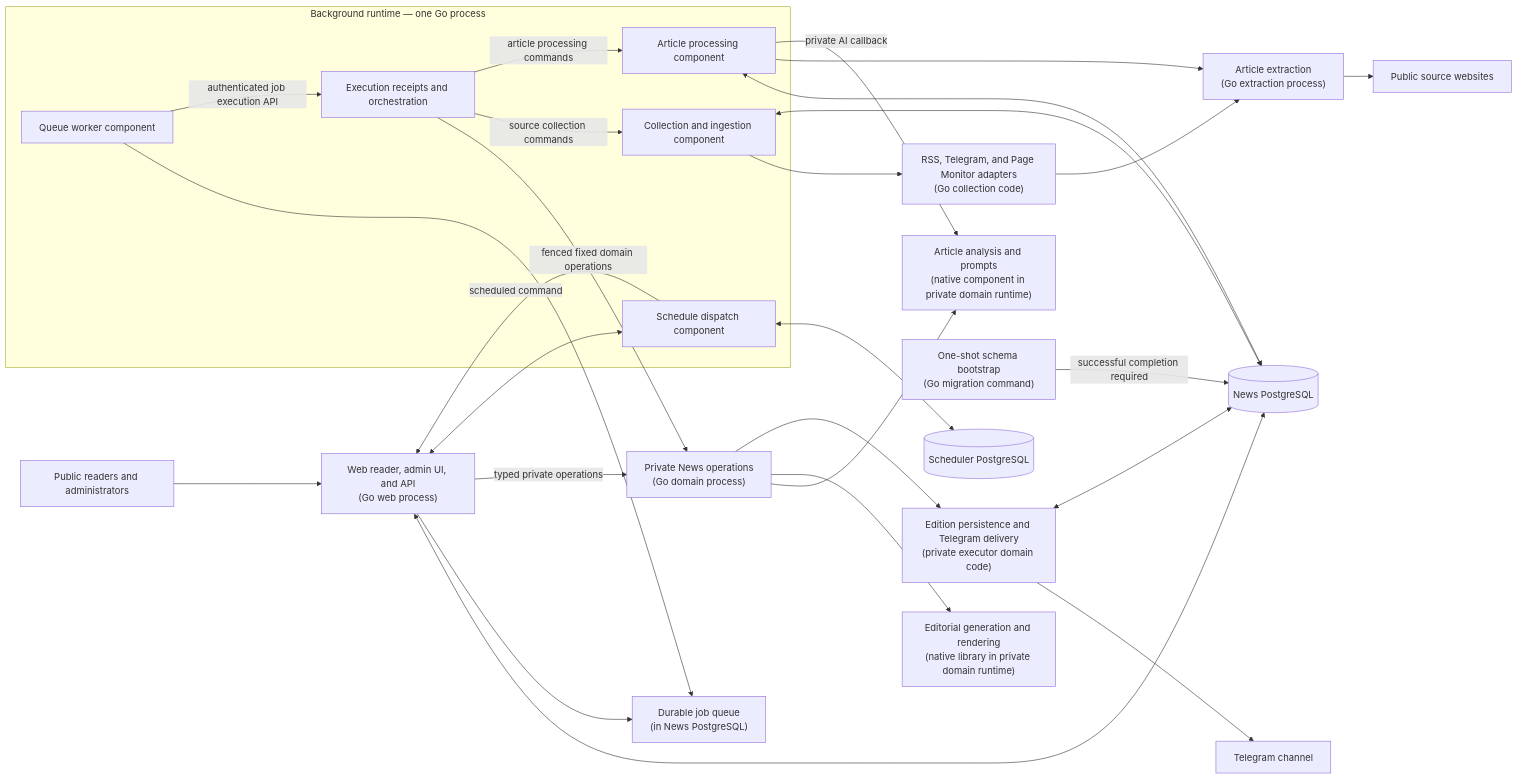
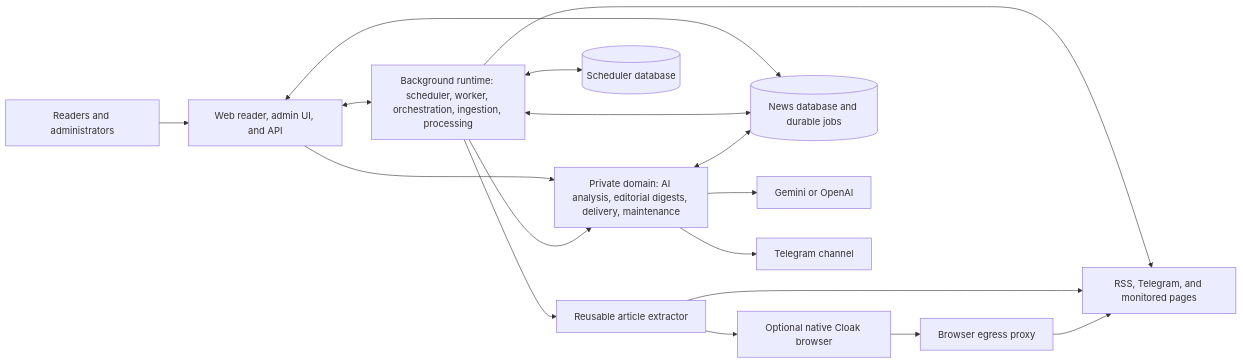
One commit to Dzarlax-AI/evening-news changed the diagram in README.md. Above: the diagram before and after it, drawn with Mermaid. The commit also changed other lines of this file and 8 other files, not shown here.

````diff
--- a/README.md
+++ b/README.md
@@ -19,50 +33,32 @@
 ```mermaid
 flowchart LR
-    Reader["Public readers and administrators"]
-    Web["Web reader, admin UI, and API<br/>(Go web process)"]
-    NewsDB[("News PostgreSQL")]
-    Jobs["Durable job queue<br/>(in News PostgreSQL)"]
-    subgraph Background["Background runtime — one Go process"]
-      Scheduler["Schedule dispatch component"]
-      Worker["Queue worker component"]
-      Execution["Execution receipts and orchestration"]
-      Ingestion["Collection and ingestion component"]
-      Processing["Article processing component"]
-    end
-    Domain["Private News operations<br/>(Go domain process)"]
-    AI["Article analysis and prompts<br/>(native component in private domain runtime)"]
-    Editorial["Editorial generation and rendering<br/>(native library in private domain runtime)"]
-    Delivery["Edition persistence and Telegram delivery<br/>(private executor domain code)"]
-    Sources["RSS, Telegram, and Page Monitor adapters<br/>(Go collection code)"]
-    Extract["Article extraction<br/>(Go extraction process)"]
-    SchedulerDB[("Scheduler PostgreSQL")]
-    Migrate["One-shot schema bootstrap<br/>(Go migration command)"]
-    Internet["Public source websites"]
+    Reader["Readers and administrators"]
+    Web["Web reader, admin UI, and API"]
+    Background["Background runtime: scheduler, worker, orchestration, ingestion, processing"]
+    Domain["Private domain: AI analysis, editorial digests, delivery, maintenance"]
+    Extractor["Reusable article extractor"]
+    Egress["Browser egress proxy"]
+    Browser["Optional native Cloak browser"]
+    NewsDB[("News database and durable jobs")]
+    ScheduleDB[("Scheduler database")]
+    Sources["RSS, Telegram, and monitored pages"]
+    Providers["Gemini or OpenAI"]
     Telegram["Telegram channel"]
 
     Reader --> Web
     Web <--> NewsDB
-    Web --> Jobs
-    Worker --> Jobs
-    Worker -->|authenticated job execution API| Execution
-    Execution -->|fenced fixed domain operations| Domain
-    Execution -->|source collection commands| Ingestion
-    Execution -->|article processing commands| Processing
-    Ingestion --> Sources
-    Ingestion <--> NewsDB
-    Sources --> Extract
-    Extract --> Internet
-    Processing <--> NewsDB
-    Processing --> Extract
-    Processing -->|private AI callback| AI
-    Domain --> AI
-    Domain --> Editorial
-    Domain --> Delivery
-    Delivery --> Telegram
-    Delivery <--> NewsDB
-    Web -->|typed private operations| Domain
-    Web <--> Scheduler
-    Scheduler <--> SchedulerDB
-    Scheduler -->|scheduled command| Web
-    Migrate -->|successful completion required| NewsDB
+    Web --> Domain
+    Web <--> Background
+    Background <--> NewsDB
+    Background <--> ScheduleDB
+    Background --> Sources
+    Background --> Extractor
+    Background --> Domain
+    Domain <--> NewsDB
+    Domain --> Providers
+    Domain --> Telegram
+    Extractor --> Sources
+    Extractor --> Browser
+    Browser --> Egress
+    Egress --> Sources
 ```
````
